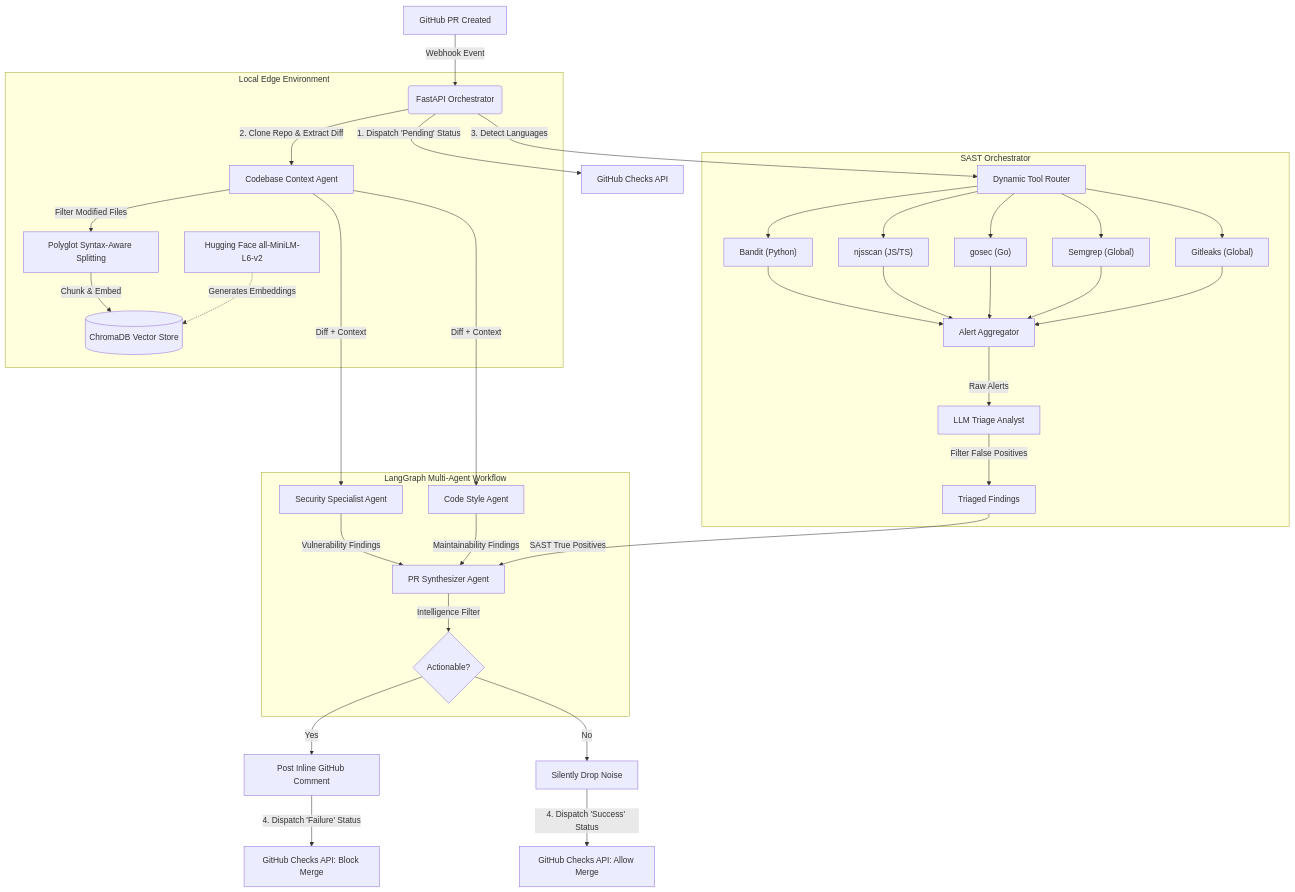
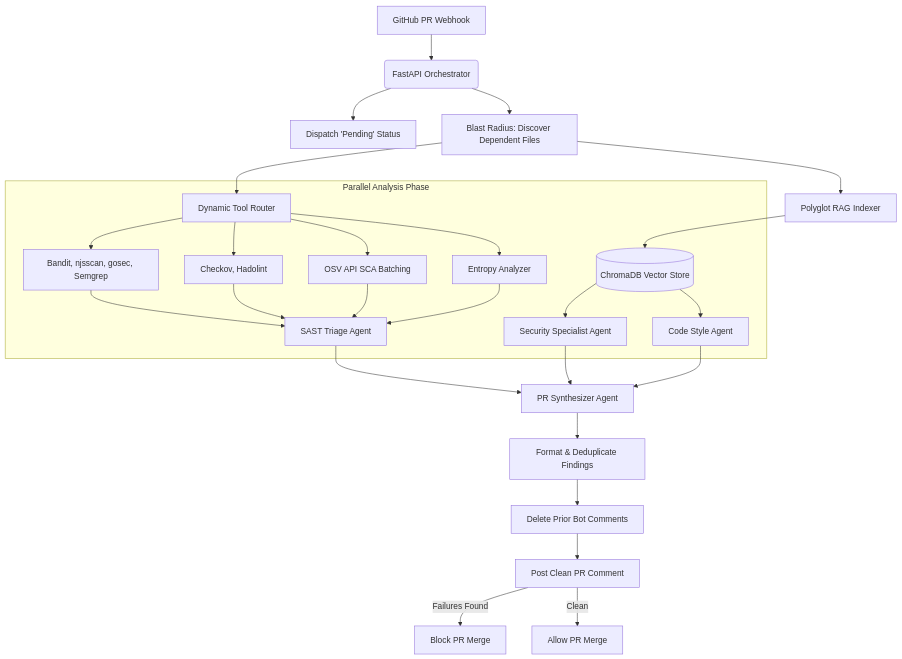
One commit to arjunajaygit/SentinelOps changed the diagram in README.md. Above: the diagram before and after it, drawn with Mermaid. The commit also changed other lines of this file and 17 other files, not shown here.

First line of the commit message:
feat: Implement blast radius mapping and architecture fixes

````diff
--- a/README.md
+++ b/README.md
@@ -22,52 +22,39 @@
 ```mermaid
 graph TD
     %% Webhook Entry Point
-    PR[GitHub PR Created] -->|Webhook Event| API(FastAPI Orchestrator)
-    API -->|1. Dispatch 'Pending' Status| STATUS_PENDING[GitHub Checks API]
+    PR[GitHub PR Webhook] --> API(FastAPI Orchestrator)
+    API --> STATUS[Dispatch 'Pending' Status]
     
-    %% RAG Pipeline
-    subgraph Local Edge Environment
-        API -->|2. Clone Repo & Extract Diff| RAG[Codebase Context Agent]
-        RAG -->|Filter Modified Files| POLY_RAG[Polyglot Syntax-Aware Splitting]
-        POLY_RAG -->|Chunk & Embed| CHROMA[(ChromaDB Vector Store)]
-        HF[Hugging Face all-MiniLM-L6-v2] -.->|Generates Embeddings| CHROMA
+    %% Dependency Mapping & Indexing
+    API --> BLAST[Blast Radius: Discover Dependent Files]
+    BLAST --> RAG[Polyglot RAG Indexer]
+    RAG --> CHROMA[(ChromaDB Vector Store)]
+    
+    %% Parallel Execution Phase
+    BLAST --> ROUTER[Dynamic Tool Router]
+    
+    subgraph Parallel Analysis Phase
+        %% Deterministic Tools
+        ROUTER --> SAST[Bandit, njsscan, gosec, Semgrep]
+        ROUTER --> IAC[Checkov, Hadolint]
+        ROUTER --> SCA[OSV API SCA Batching]
+        ROUTER --> ENTROPY[Entropy Analyzer]
+        
+        SAST & IAC & SCA & ENTROPY --> TRIAGE[SAST Triage Agent]
+        
+        %% AI Agents
+        CHROMA --> SEC[Security Specialist Agent]
+        CHROMA --> STY[Code Style Agent]
     end
 
-    %% SAST Pipeline
-    subgraph SAST Orchestrator
-        API -->|3. Detect Languages| DYNAMIC_ROUTER[Dynamic Tool Router]
-        DYNAMIC_ROUTER --> BANDIT["Bandit (Python)"]
-        DYNAMIC_ROUTER --> NJSSCAN["njsscan (JS/TS)"]
-        DYNAMIC_ROUTER --> GOSEC["gosec (Go)"]
-        DYNAMIC_ROUTER --> SEMGREP["Semgrep (Global)"]
-        DYNAMIC_ROUTER --> GITLEAKS["Gitleaks (Global)"]
-        
-        BANDIT --> AGG[Alert Aggregator]
-        NJSSCAN --> AGG
-        GOSEC --> AGG
-        SEMGREP --> AGG
-        GITLEAKS --> AGG
-        
-        AGG -->|Raw Alerts| TRIAGE[LLM Triage Analyst]
-        TRIAGE -->|Filter False Positives| TRIAGED[Triaged Findings]
-    end
-
-    %% Multi-Agent Workflow
-    subgraph LangGraph Multi-Agent Workflow
-        RAG -->|Diff + Context| SEC[Security Specialist Agent]
-        RAG -->|Diff + Context| STY[Code Style Agent]
-        
-        SEC -->|Vulnerability Findings| SYN[PR Synthesizer Agent]
-        STY -->|Maintainability Findings| SYN
-        TRIAGED -->|SAST True Positives| SYN
-        
-        SYN -->|Intelligence Filter| FILTER{Actionable?}
-    end
-
+    %% Synthesis
+    TRIAGE & SEC & STY --> SYN[PR Synthesizer Agent]
+    
     %% Output
-    FILTER -->|Yes| POST[Post Inline GitHub Comment]
-    FILTER -->|No| DROP[Silently Drop Noise]
+    SYN --> POST[Format & Deduplicate Findings]
+    POST --> DELETE[Delete Prior Bot Comments]
+    DELETE --> COMMENT[Post Clean PR Comment]
     
-    POST -->|4. Dispatch 'Failure' Status| STATUS_FAIL[GitHub Checks API: Block Merge]
-    DROP -->|4. Dispatch 'Success' Status| STATUS_PASS[GitHub Checks API: Allow Merge]
+    COMMENT -->|Failures Found| FAIL[Block PR Merge]
+    COMMENT -->|Clean| PASS[Allow PR Merge]
 ```
````
